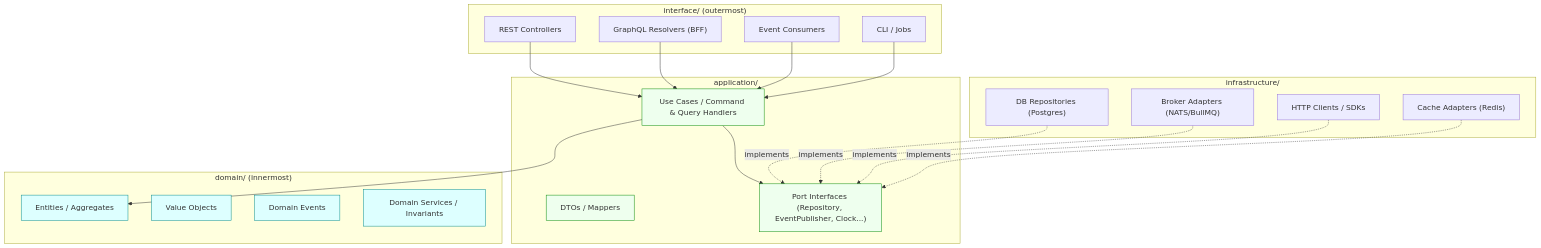
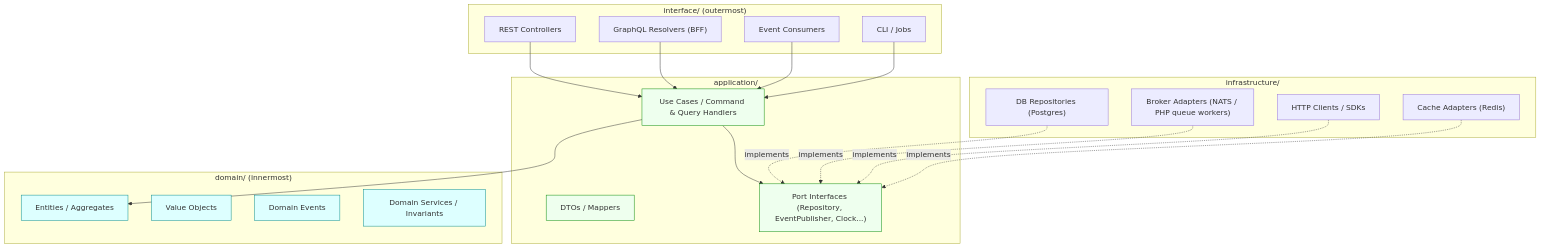
The third of 16 diagrams in docs/03-Architecture.md (ammarnabileg/crm), drawn with Mermaid before and after one commit. The commit also changed other lines of this file and 18 other files, not shown here.

````diff
--- a/docs/03-Architecture.md
+++ b/docs/03-Architecture.md
@@ -163,42 +163,42 @@
 ```mermaid
 flowchart TB
     subgraph Interface["interface/ (outermost)"]
         CTRL["REST Controllers"]
         RES["GraphQL Resolvers (BFF)"]
         CONS["Event Consumers"]
         CLI["CLI / Jobs"]
     end
     subgraph Infrastructure["infrastructure/"]
         REPO["DB Repositories (Postgres)"]
-        BROKER["Broker Adapters (NATS/BullMQ)"]
+        BROKER["Broker Adapters (NATS / PHP queue workers)"]
         HTTP["HTTP Clients / SDKs"]
         CACHE["Cache Adapters (Redis)"]
     end
     subgraph Application["application/"]
         UC["Use Cases / Command & Query Handlers"]
         DTO["DTOs / Mappers"]
         PORTS["Port Interfaces (Repository, EventPublisher, Clock...)"]
     end
     subgraph Domain["domain/ (innermost)"]
         ENT["Entities / Aggregates"]
         VO["Value Objects"]
         DE["Domain Events"]
         DS["Domain Services / Invariants"]
     end
 
     CTRL --> UC
     RES --> UC
     CONS --> UC
     CLI --> UC
     UC --> ENT
     UC --> PORTS
     REPO -. implements .-> PORTS
     BROKER -. implements .-> PORTS
     HTTP -. implements .-> PORTS
     CACHE -. implements .-> PORTS
 
     classDef inner fill:#dff,stroke:#088;
     classDef app fill:#efe,stroke:#080;
     class ENT,VO,DE,DS inner;
     class UC,DTO,PORTS app;
 ```
````
